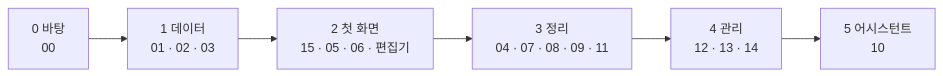
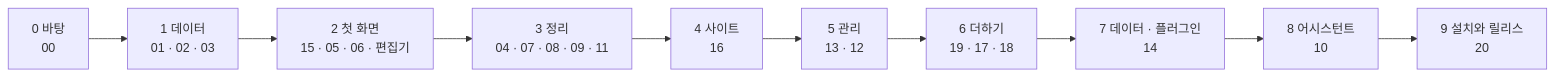
The diagram in docs/design/features/build.md (monti-cms/monti), drawn with Mermaid before and after one commit. The commit also changed other lines of this file and 10 other files, not shown here.

````diff
--- a/docs/design/features/build.md
+++ b/docs/design/features/build.md
@@ -26,8 +26,12 @@
 ```mermaid
 flowchart LR
   S0["0 바탕<br/>00"] --> S1["1 데이터<br/>01 · 02 · 03"]
   S1 --> S2["2 첫 화면<br/>15 · 05 · 06 · 편집기"]
   S2 --> S3["3 정리<br/>04 · 07 · 08 · 09 · 11"]
-  S3 --> S4["4 관리<br/>12 · 13 · 14"]
-  S4 --> S5["5 어시스턴트<br/>10"]
+  S3 --> S4["4 사이트<br/>16"]
+  S4 --> S5["5 관리<br/>13 · 12"]
+  S5 --> S6["6 더하기<br/>19 · 17 · 18"]
+  S6 --> S7["7 데이터 · 플러그인<br/>14"]
+  S7 --> S8["8 어시스턴트<br/>10"]
+  S8 --> S9["9 설치와 릴리스<br/>20"]
 ```
````
